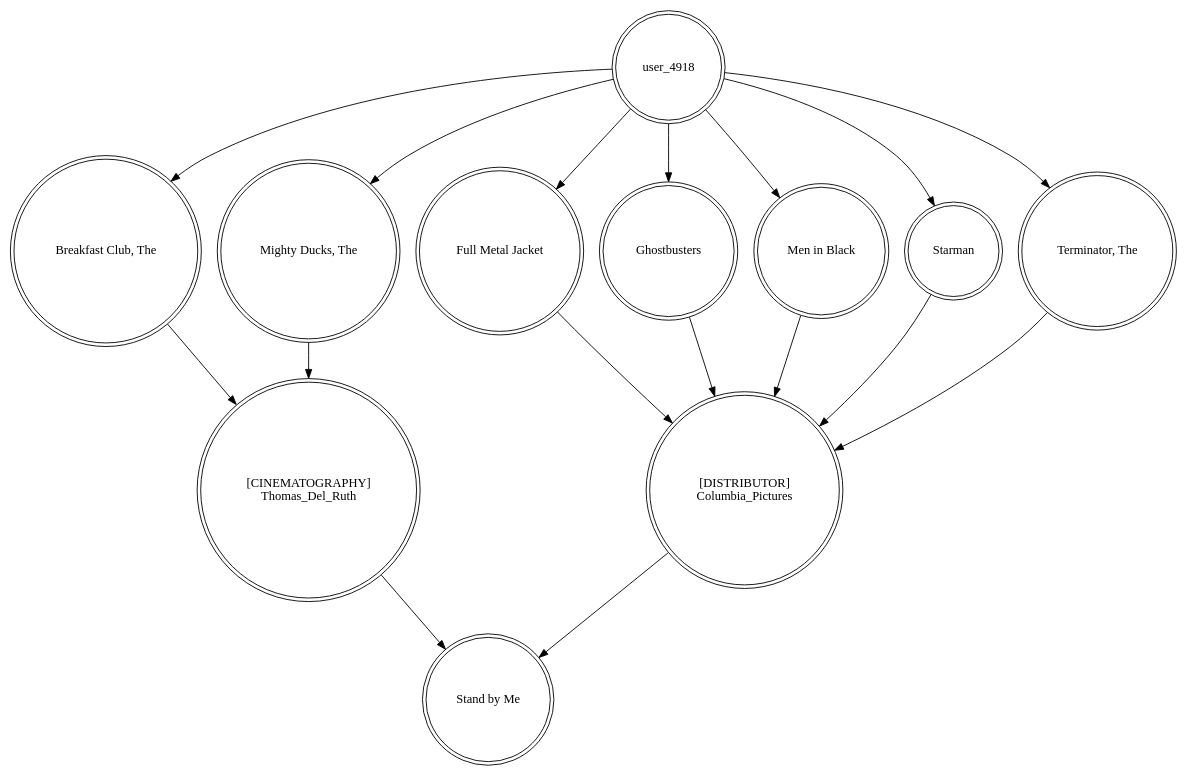
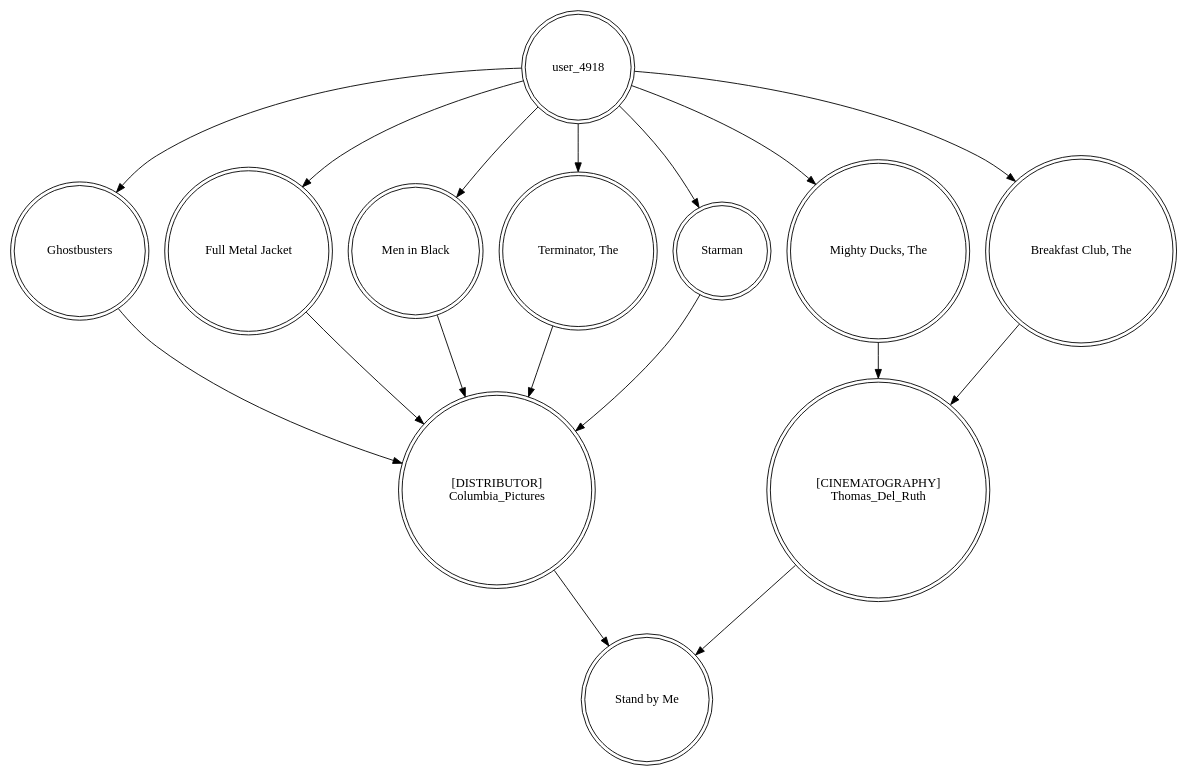
Before and after one commit to saiteja-siddana/Movie-Recommendations-GUI: the diagram in cache/kgr_graph_user-user_4918_item-1259.gv, drawn with Graphviz. The commit also changed other lines of this file and 244 other files, not shown here.

Commit message:
Added demo and updated old deprecated graphviz code

```diff
--- a/cache/kgr_graph_user-user_4918_item-1259.gv
+++ b/cache/kgr_graph_user-user_4918_item-1259.gv
@@ -1,28 +1,28 @@
 digraph finite_state_machine {
 	node [shape=doublecircle]
-	"Breakfast Club, The" -> "[CINEMATOGRAPHY]
-Thomas_Del_Ruth"
+	user_4918 -> Ghostbusters
+	"Full Metal Jacket" -> "[DISTRIBUTOR]
+Columbia_Pictures"
 	"[DISTRIBUTOR]
 Columbia_Pictures" -> "Stand by Me"
-	"Full Metal Jacket" -> "[DISTRIBUTOR]
+	user_4918 -> "Men in Black"
+	"Terminator, The" -> "[DISTRIBUTOR]
 Columbia_Pictures"
-	user_4918 -> "Breakfast Club, The"
-	user_4918 -> "Full Metal Jacket"
-	Ghostbusters -> "[DISTRIBUTOR]
+	user_4918 -> Starman
+	Starman -> "[DISTRIBUTOR]
 Columbia_Pictures"
-	user_4918 -> "Men in Black"
-	"[CINEMATOGRAPHY]
-Thomas_Del_Ruth" -> "Stand by Me"
-	user_4918 -> Ghostbusters
-	user_4918 -> "Mighty Ducks, The"
 	"Men in Black" -> "[DISTRIBUTOR]
 Columbia_Pictures"
 	"Mighty Ducks, The" -> "[CINEMATOGRAPHY]
 Thomas_Del_Ruth"
-	user_4918 -> Starman
-	"Terminator, The" -> "[DISTRIBUTOR]
+	user_4918 -> "Breakfast Club, The"
+	user_4918 -> "Full Metal Jacket"
+	user_4918 -> "Mighty Ducks, The"
+	"Breakfast Club, The" -> "[CINEMATOGRAPHY]
+Thomas_Del_Ruth"
+	user_4918 -> "Terminator, The"
+	Ghostbusters -> "[DISTRIBUTOR]
 Columbia_Pictures"
-	user_4918 -> "Terminator, The"
-	Starman -> "[DISTRIBUTOR]
-Columbia_Pictures"
+	"[CINEMATOGRAPHY]
+Thomas_Del_Ruth" -> "Stand by Me"
 }
```
